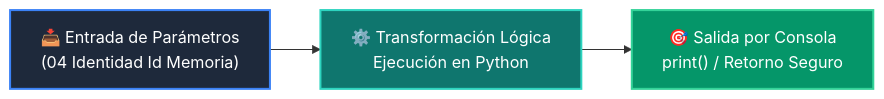
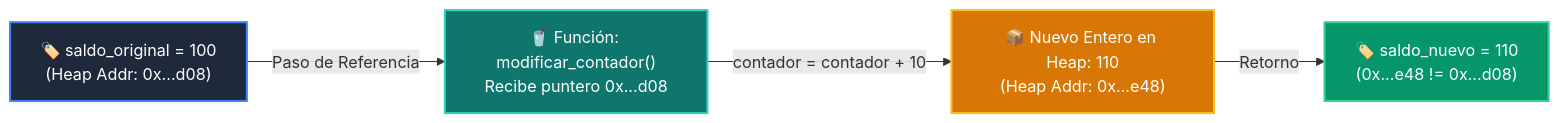
One commit to wisrovi/wisrovi-python changed the diagram in 01-fundamentos-python/clase-02-variables-y-tipos/ejemplos/ejemplo_04_identidad_id_memoria/README.md. Above: the diagram before and after it, drawn with Mermaid. The commit also changed other lines of this file and 38 other files, not shown here.

````diff
--- a/01-fundamentos-python/clase-02-variables-y-tipos/ejemplos/ejemplo_04_identidad_id_memoria/README.md
+++ b/01-fundamentos-python/clase-02-variables-y-tipos/ejemplos/ejemplo_04_identidad_id_memoria/README.md
@@ -19,9 +19,11 @@
 ```mermaid
 flowchart LR
-    A["📥 Entrada de Parámetros<br/>(04 Identidad Id Memoria)"] --> B["⚙️ Transformación Lógica<br/>Ejecución en Python"]
-    B --> C["🎯 Salida por Consola<br/>print() / Retorno Seguro"]
+    A["🏷️ saldo_original = 100<br/>(Heap Addr: 0x...d08)"] -->|Paso de Referencia| B["🥤 Función: modificar_contador()<br/>Recibe puntero 0x...d08"]
+    B -->|contador = contador + 10| C["📦 Nuevo Entero en Heap: 110<br/>(Heap Addr: 0x...e48)"]
+    C -->|Retorno| D["🏷️ saldo_nuevo = 110<br/>(0x...e48 != 0x...d08)"]
 
     style A fill:#1e293b,color:#ffffff,stroke:#3b82f6,stroke-width:2px
     style B fill:#0f766e,color:#ffffff,stroke:#2dd4bf,stroke-width:2px
-    style C fill:#059669,color:#ffffff,stroke:#34d399,stroke-width:2px
+    style C fill:#d97706,color:#ffffff,stroke:#fbbf24,stroke-width:2px
+    style D fill:#059669,color:#ffffff,stroke:#34d399,stroke-width:2px
 ```
````
